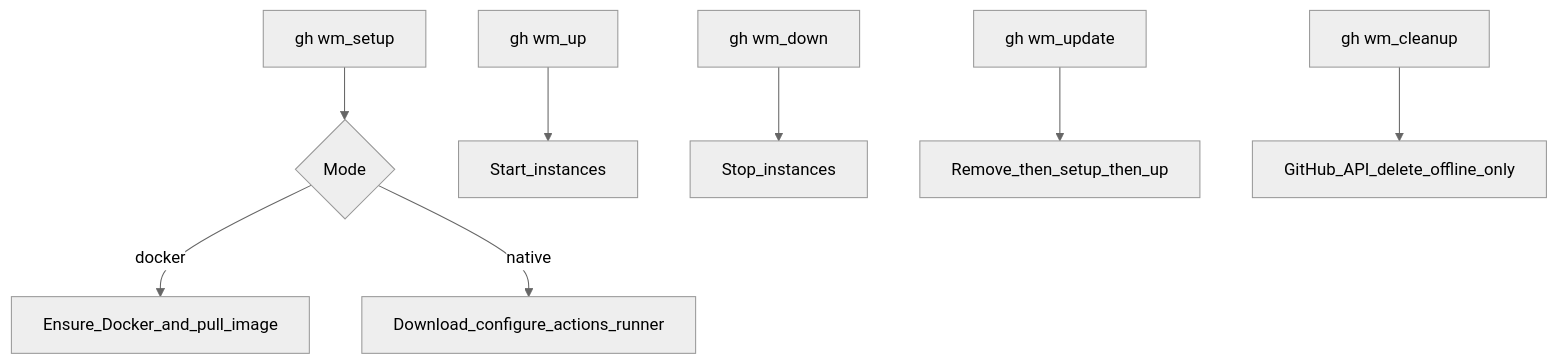
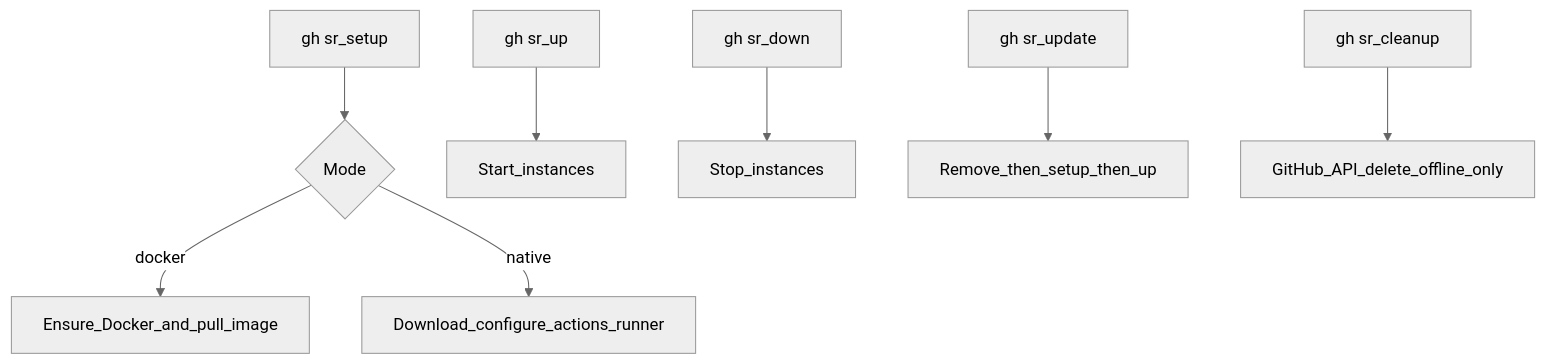
Before and after one commit to baizhiheizi/gh-sr: the fourth of 5 diagrams in docs/content/architecture.md, drawn with Mermaid (neutral theme). The commit also changed other lines of this file and 53 other files, not shown here.

````diff
--- a/docs/content/architecture.md
+++ b/docs/content/architecture.md
@@ -97,10 +97,10 @@
 ```mermaid
 flowchart TD
-  setup[gh wm_setup] --> mode{Mode}
+  setup[gh sr_setup] --> mode{Mode}
   mode -->|docker| dock[Ensure_Docker_and_pull_image]
   mode -->|native| nat[Download_configure_actions_runner]
-  up[gh wm_up] --> start[Start_instances]
-  down[gh wm_down] --> stop[Stop_instances]
-  update[gh wm_update] --> remove[Remove_then_setup_then_up]
-  cleanup[gh wm_cleanup] --> api[GitHub_API_delete_offline_only]
+  up[gh sr_up] --> start[Start_instances]
+  down[gh sr_down] --> stop[Stop_instances]
+  update[gh sr_update] --> remove[Remove_then_setup_then_up]
+  cleanup[gh sr_cleanup] --> api[GitHub_API_delete_offline_only]
 ```
````
